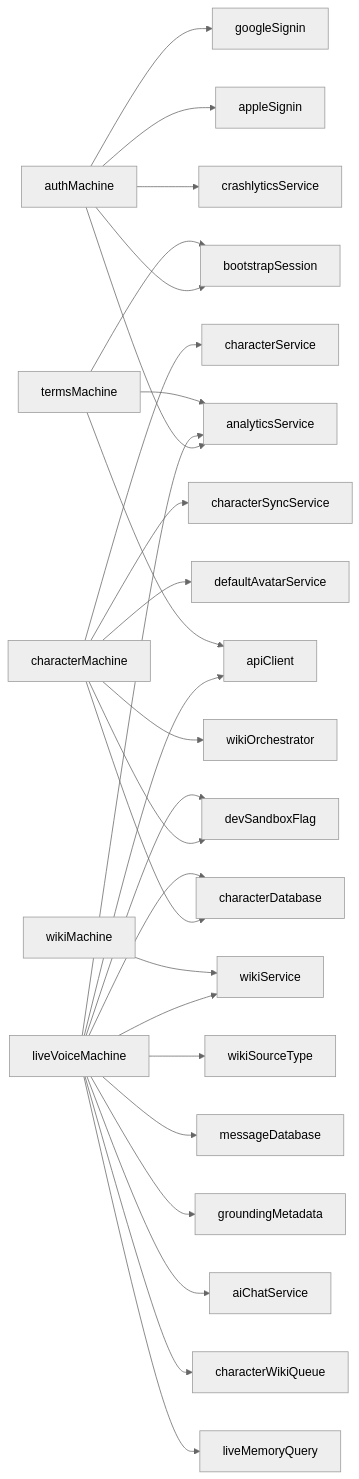
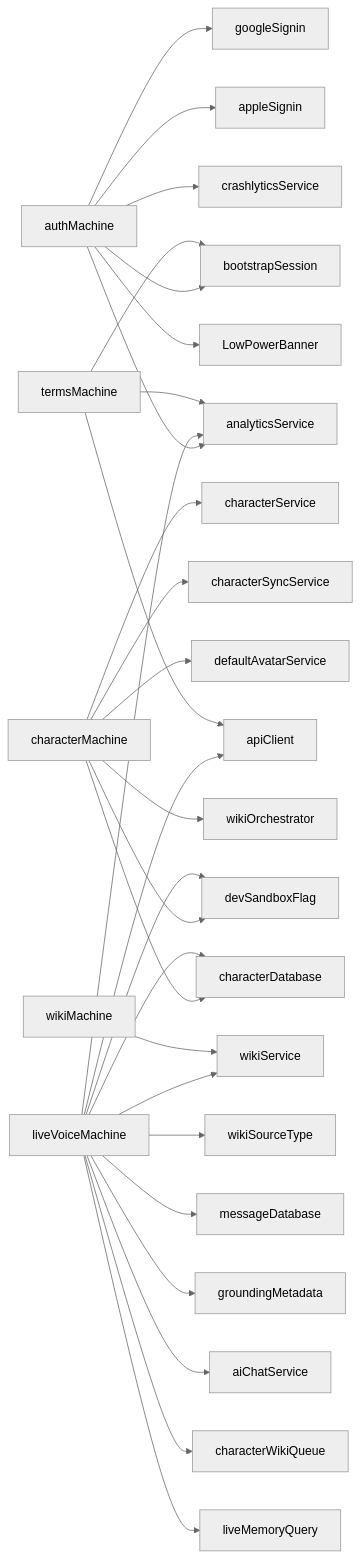
One commit to equationalapplications/clanker changed the diagram in docs/flowcharts/MACHINES.md. Above: the diagram before and after it, drawn with Mermaid (neutral theme). The commit also changed 12 other files, not shown here.

````diff
--- a/docs/flowcharts/MACHINES.md
+++ b/docs/flowcharts/MACHINES.md
@@ -4,29 +4,30 @@
 ```mermaid
 graph LR
   authMachine --> googleSignin
   authMachine --> appleSignin
   authMachine --> bootstrapSession
   authMachine --> crashlyticsService
   authMachine --> analyticsService
+  authMachine --> LowPowerBanner
   characterMachine --> characterService
   characterMachine --> characterDatabase
   characterMachine --> characterSyncService
   characterMachine --> defaultAvatarService
   characterMachine --> wikiOrchestrator
   characterMachine --> devSandboxFlag
   liveVoiceMachine --> analyticsService
   liveVoiceMachine --> devSandboxFlag
   liveVoiceMachine --> wikiService
   liveVoiceMachine --> apiClient
   liveVoiceMachine --> wikiSourceType
   liveVoiceMachine --> messageDatabase
   liveVoiceMachine --> characterDatabase
   liveVoiceMachine --> groundingMetadata
   liveVoiceMachine --> aiChatService
   liveVoiceMachine --> characterWikiQueue
   liveVoiceMachine --> liveMemoryQuery
   termsMachine --> apiClient
   termsMachine --> analyticsService
   termsMachine --> bootstrapSession
   wikiMachine --> wikiService
 ```
````
